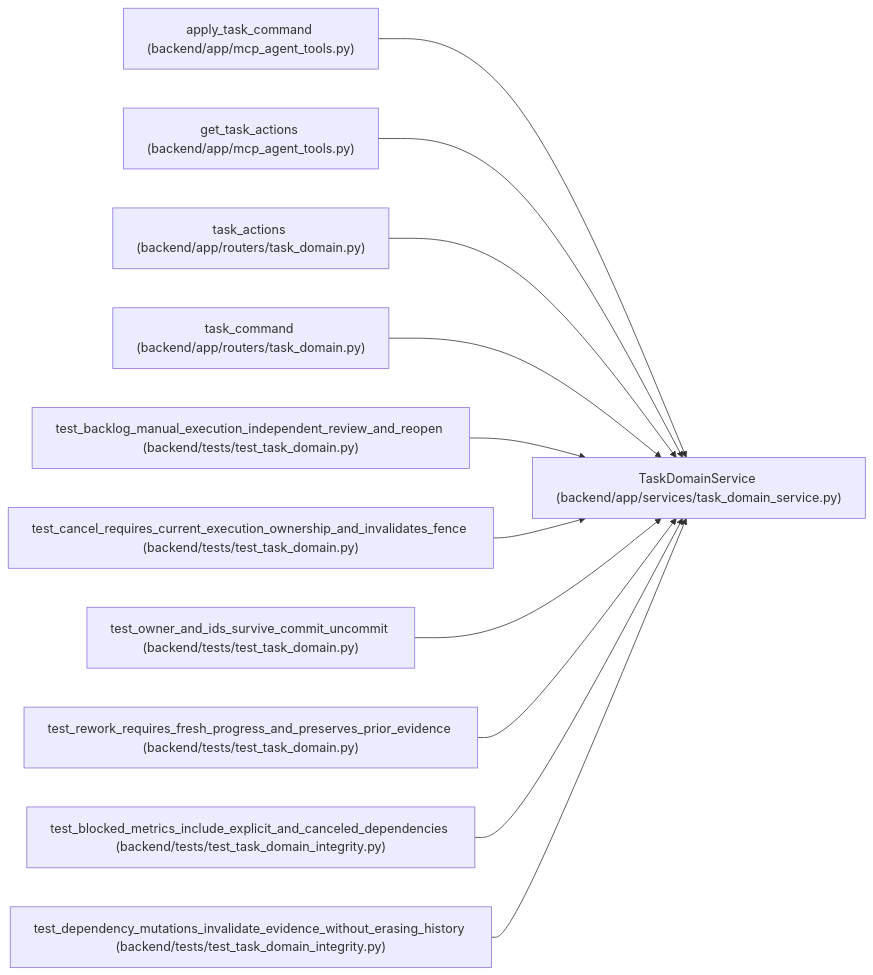
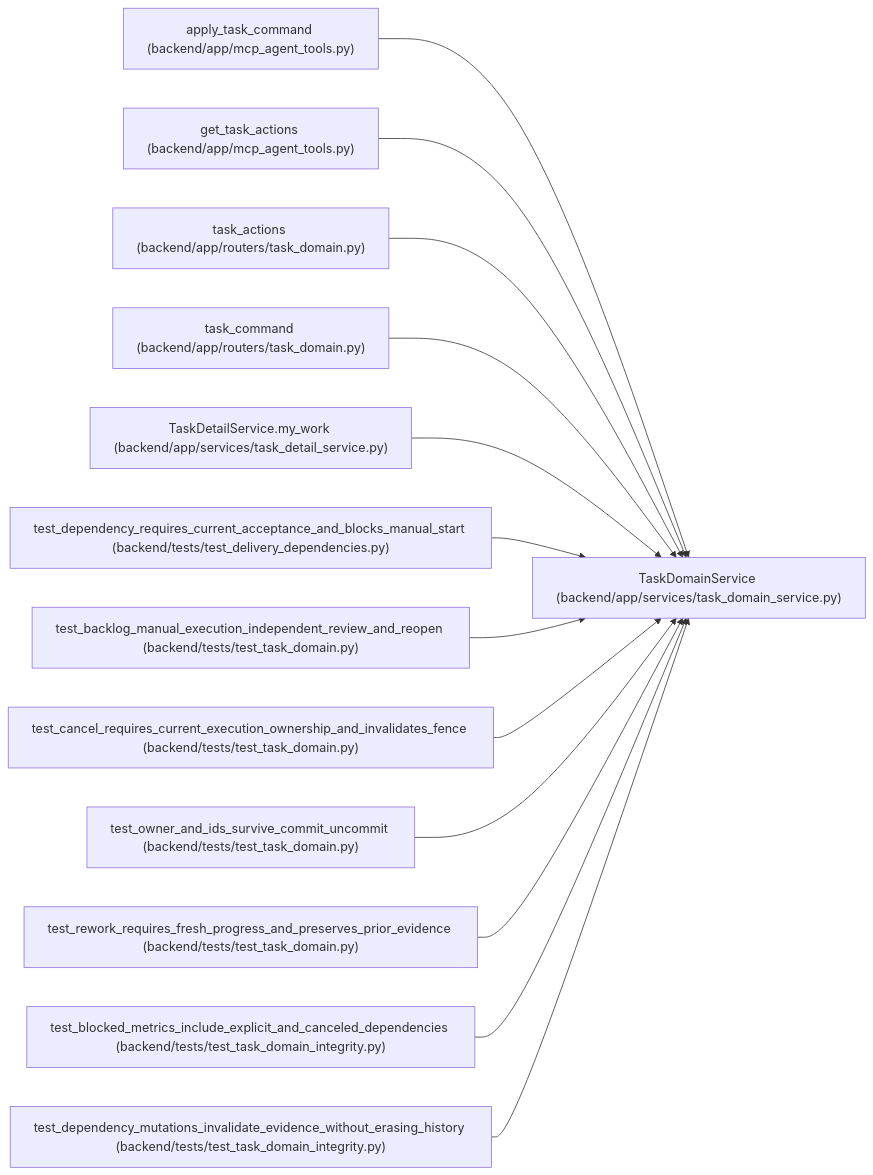
The diagram in docs/llm_wiki/entities/TaskDomainService.md (Denissvgn/WorkChord), drawn with Mermaid before and after one commit. The commit also changed other lines of this file and 1888 other files, not shown here.

````diff
--- a/docs/llm_wiki/entities/TaskDomainService.md
+++ b/docs/llm_wiki/entities/TaskDomainService.md
@@ -31,35 +31,41 @@
 ```mermaid
 flowchart LR
     n0["TaskDomainService (backend/app/services/task_domain_service.py)"]
     n1["apply_task_command (backend/app/mcp_agent_tools.py)"]
     n2["get_task_actions (backend/app/mcp_agent_tools.py)"]
     n3["task_actions (backend/app/routers/task_domain.py)"]
     n4["task_command (backend/app/routers/task_domain.py)"]
-    n5["test_backlog_manual_execution_independent_review_and_reopen (backend/tests/test_task_domain.py)"]
-    n6["test_cancel_requires_current_execution_ownership_and_invalidates_fence (backend/tests/test_task_domain.py)"]
-    n7["test_owner_and_ids_survive_commit_uncommit (backend/tests/test_task_domain.py)"]
-    n8["test_rework_requires_fresh_progress_and_preserves_prior_evidence (backend/tests/test_task_domain.py)"]
-    n9["test_blocked_metrics_include_explicit_and_canceled_dependencies (backend/tests/test_task_domain_integrity.py)"]
-    n10["test_dependency_mutations_invalidate_evidence_without_erasing_history (backend/tests/test_task_domain_integrity.py)"]
+    n5["TaskDetailService.my_work (backend/app/services/task_detail_service.py)"]
+    n6["test_dependency_requires_current_acceptance_and_blocks_manual_start (backend/tests/test_delivery_dependencies.py)"]
+    n7["test_backlog_manual_execution_independent_review_and_reopen (backend/tests/test_task_domain.py)"]
+    n8["test_cancel_requires_current_execution_ownership_and_invalidates_fence (backend/tests/test_task_domain.py)"]
+    n9["test_owner_and_ids_survive_commit_uncommit (backend/tests/test_task_domain.py)"]
+    n10["test_rework_requires_fresh_progress_and_preserves_prior_evidence (backend/tests/test_task_domain.py)"]
+    n11["test_blocked_metrics_include_explicit_and_canceled_dependencies (backend/tests/test_task_domain_integrity.py)"]
+    n12["test_dependency_mutations_invalidate_evidence_without_erasing_history (backend/tests/test_task_domain_integrity.py)"]
     n1 --> n0
     n2 --> n0
     n3 --> n0
     n4 --> n0
     n5 --> n0
     n6 --> n0
     n7 --> n0
     n8 --> n0
     n9 --> n0
     n10 --> n0
+    n11 --> n0
+    n12 --> n0
     click n0 "../modules/task_domain_service.md"
     click n1 "../modules/mcp_agent_tools.md"
     click n2 "../modules/mcp_agent_tools.md"
     click n3 "../modules/routers_task_domain.md"
     click n4 "../modules/routers_task_domain.md"
-    click n5 "../modules/test_task_domain.md"
-    click n6 "../modules/test_task_domain.md"
+    click n5 "../modules/task_detail_service.md"
+    click n6 "../modules/test_delivery_dependencies.md"
     click n7 "../modules/test_task_domain.md"
     click n8 "../modules/test_task_domain.md"
-    click n9 "../modules/test_task_domain_integrity.md"
-    click n10 "../modules/test_task_domain_integrity.md"
+    click n9 "../modules/test_task_domain.md"
+    click n10 "../modules/test_task_domain.md"
+    click n11 "../modules/test_task_domain_integrity.md"
+    click n12 "../modules/test_task_domain_integrity.md"
 ```
````
